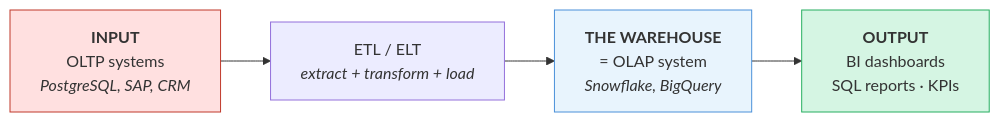
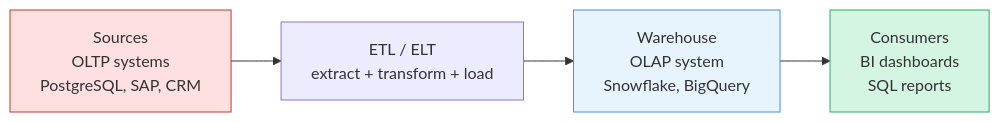
Before and after one commit to adnanrahin/adnanrahin.github.io: the third of 23 diagrams in data-architecture/data-warehouse.md, drawn with Mermaid. The commit also changed other lines of this file and 3 other files, not shown here.

Commit message:
updated the flowchart

````diff
--- a/data-architecture/data-warehouse.md
+++ b/data-architecture/data-warehouse.md
@@ -130,13 +126,13 @@
 ```mermaid
 flowchart LR
-    IN["<b>INPUT</b><br/>OLTP systems<br/><i>PostgreSQL, SAP, CRM</i>"]
-    PIPE["ETL / ELT<br/><i>extract + transform + load</i>"]
-    STORE["<b>THE WAREHOUSE</b><br/>= OLAP system<br/><i>Snowflake, BigQuery</i>"]
-    OUT["<b>OUTPUT</b><br/>BI dashboards<br/>SQL reports · KPIs"]
+    IN["Sources<br/>OLTP systems<br/>PostgreSQL, SAP, CRM"]
+    PIPE["ETL / ELT<br/>extract + transform + load"]
+    STORE["Warehouse<br/>OLAP system<br/>Snowflake, BigQuery"]
+    OUT["Consumers<br/>BI dashboards<br/>SQL reports"]
 
     IN --> PIPE --> STORE --> OUT
 
     style IN fill:#FFE0E0,stroke:#C0392B
     style STORE fill:#E8F4FD,stroke:#4A90D9
     style OUT fill:#D5F5E3,stroke:#27AE60
 ```
````
